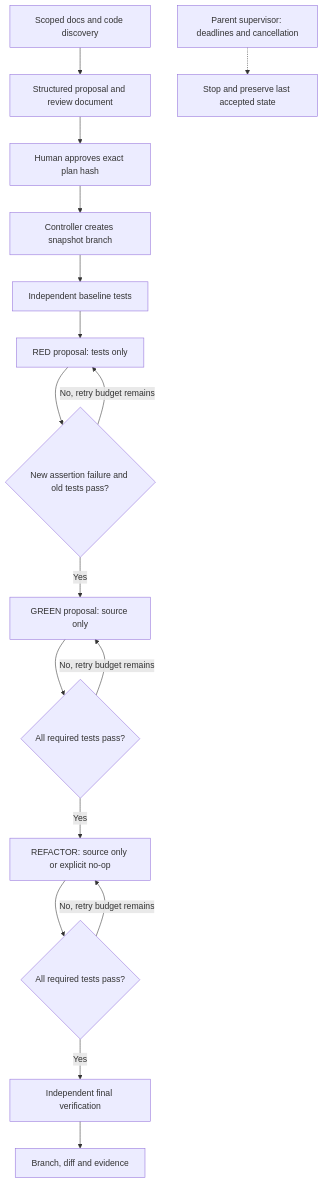
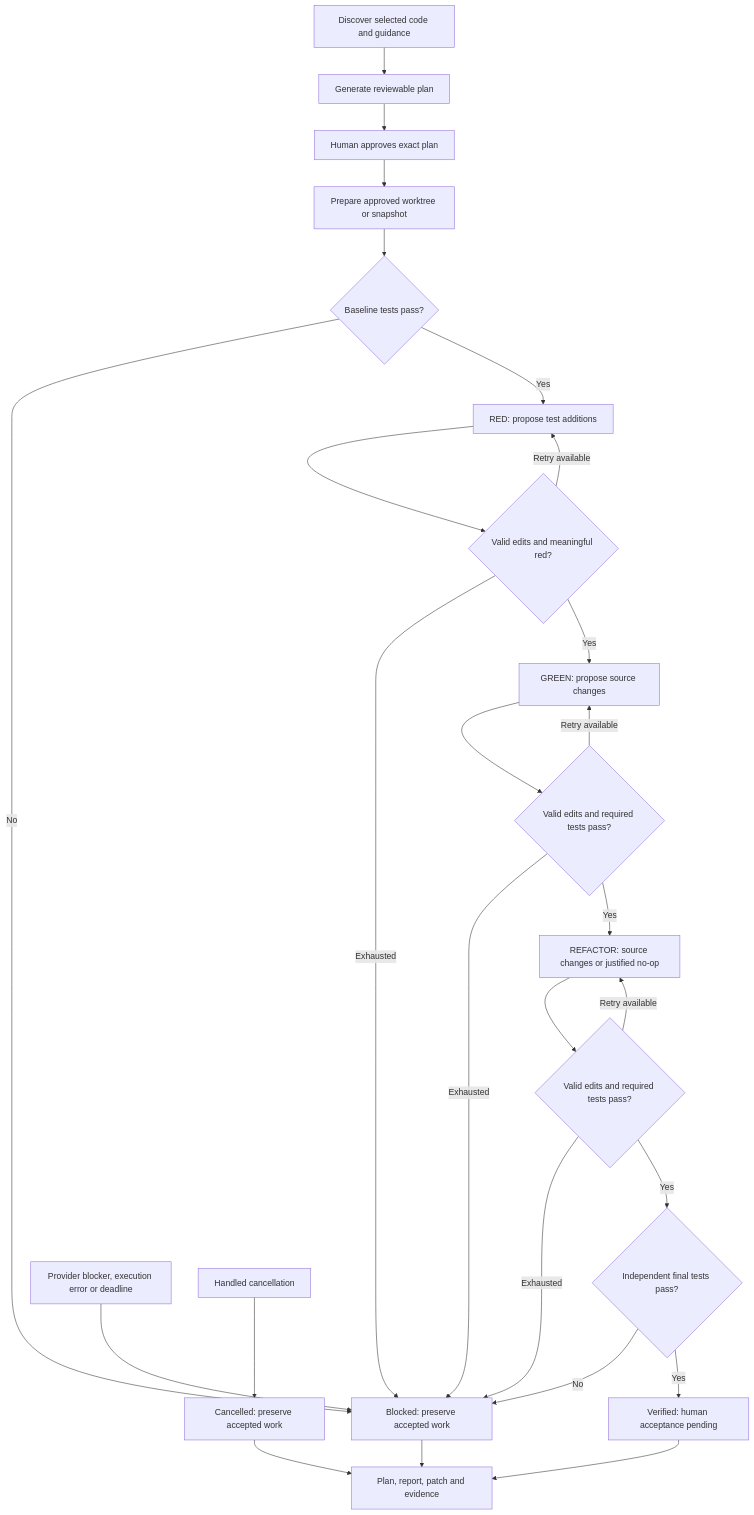
One commit to sskelkar/xp-coding-agent changed the diagram in docs/architecture.md. Above: the diagram before and after it, drawn with Mermaid. The commit also changed other lines of this file and 29 other files, not shown here.

````diff
--- a/docs/architecture.md
+++ b/docs/architecture.md
@@ -15,19 +18,28 @@
 ```mermaid
 flowchart TD
-    D[Scoped docs and code discovery] --> P[Structured proposal and review document]
-    P --> H[Human approves exact plan hash]
-    H --> W[Controller creates snapshot branch]
-    W --> B[Independent baseline tests]
-    B --> R[RED proposal: tests only]
-    R --> VR{New assertion failure and old tests pass?}
-    VR -->|No, retry budget remains| R
-    VR -->|Yes| G[GREEN proposal: source only]
-    G --> VG{All required tests pass?}
-    VG -->|No, retry budget remains| G
-    VG -->|Yes| F[REFACTOR: source only or explicit no-op]
-    F --> VF{All required tests pass?}
-    VF -->|No, retry budget remains| F
-    VF -->|Yes| V[Independent final verification]
-    V --> O[Branch, diff and evidence]
-    S[Parent supervisor: deadlines and cancellation] -.-> X[Stop and preserve last accepted state]
+    D[Discover selected code and guidance] --> P[Generate reviewable plan]
+    P --> H[Human approves exact plan]
+    H --> W[Prepare approved worktree or snapshot]
+    W --> B{Baseline tests pass?}
+    B -->|No| X[Blocked: preserve accepted work]
+    B -->|Yes| R[RED: propose test additions]
+    R --> RG{Valid edits and meaningful red?}
+    RG -->|Retry available| R
+    RG -->|Exhausted| X
+    RG -->|Yes| G[GREEN: propose source changes]
+    G --> GG{Valid edits and required tests pass?}
+    GG -->|Retry available| G
+    GG -->|Exhausted| X
+    GG -->|Yes| F[REFACTOR: source changes or justified no-op]
+    F --> FG{Valid edits and required tests pass?}
+    FG -->|Retry available| F
+    FG -->|Exhausted| X
+    FG -->|Yes| V{Independent final tests pass?}
+    V -->|No| X
+    V -->|Yes| OK[Verified: human acceptance pending]
+    E[Provider blocker, execution error or deadline] --> X
+    C[Handled cancellation] --> STOP[Cancelled: preserve accepted work]
+    OK --> O[Plan, report, patch and evidence]
+    X --> O
+    STOP --> O
 ```
````
